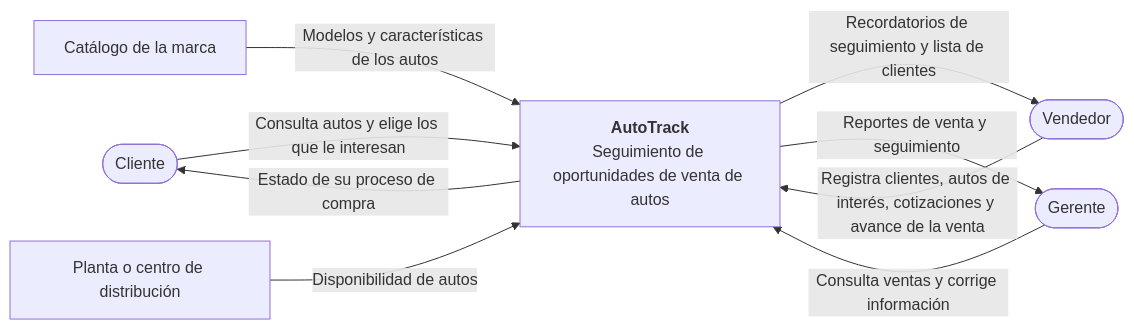
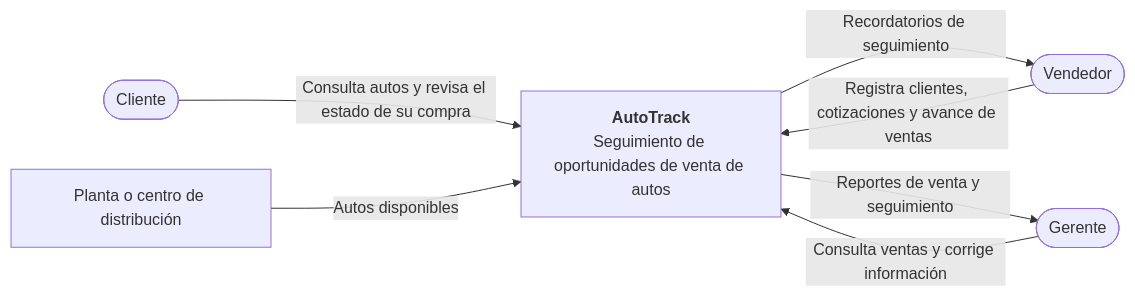
The first of 3 diagrams in docs/semana-11-diagramas.md (camils26/auto-tracker), drawn with Mermaid before and after one commit. The commit also changed other lines of this file, not shown here.

````diff
--- a/docs/semana-11-diagramas.md
+++ b/docs/semana-11-diagramas.md
@@ -1,30 +1,17 @@
 ```mermaid
 flowchart LR
-    %% Personas
     Cliente(["Cliente"])
     Vendedor(["Vendedor"])
     Gerente(["Gerente"])
 
-    %% Sistema como una sola caja
     AutoTrack["<b>AutoTrack</b><br/>Seguimiento de oportunidades de venta de autos"]
 
-    %% Sistemas externos
-    Marca["Catálogo de la marca"]
     Planta["Planta o centro de distribución"]
 
-    %% Cliente
-    Cliente -->|"Consulta autos y elige los que le interesan"| AutoTrack
-    AutoTrack -->|"Estado de su proceso de compra"| Cliente
-
-    %% Vendedor
-    Vendedor -->|"Registra clientes, autos de interés, cotizaciones y avance de la venta"| AutoTrack
-    AutoTrack -->|"Recordatorios de seguimiento y lista de clientes"| Vendedor
-
-    %% Gerente
+    Cliente -->|"Consulta autos y revisa el estado de su compra"| AutoTrack
+    Vendedor -->|"Registra clientes, cotizaciones y avance de ventas"| AutoTrack
+    AutoTrack -->|"Recordatorios de seguimiento"| Vendedor
     Gerente -->|"Consulta ventas y corrige información"| AutoTrack
     AutoTrack -->|"Reportes de venta y seguimiento"| Gerente
-
-    %% Sistemas externos
-    Marca -->|"Modelos y características de los autos"| AutoTrack
-    Planta -->|"Disponibilidad de autos"| AutoTrack
+    Planta -->|"Autos disponibles"| AutoTrack
 ```
````
